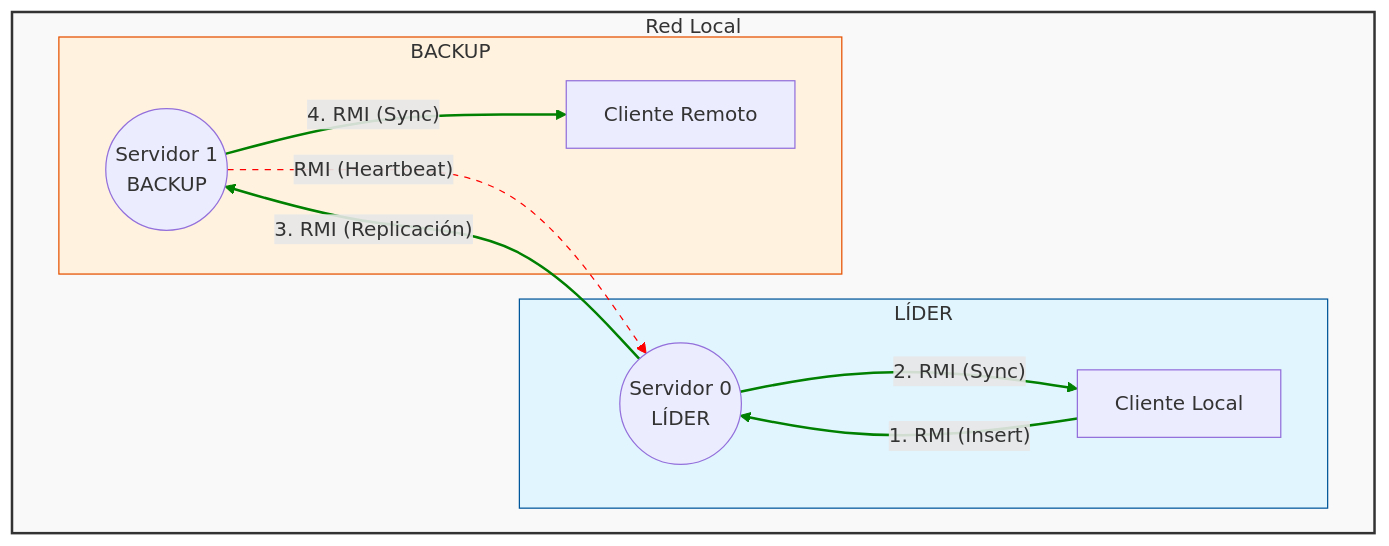
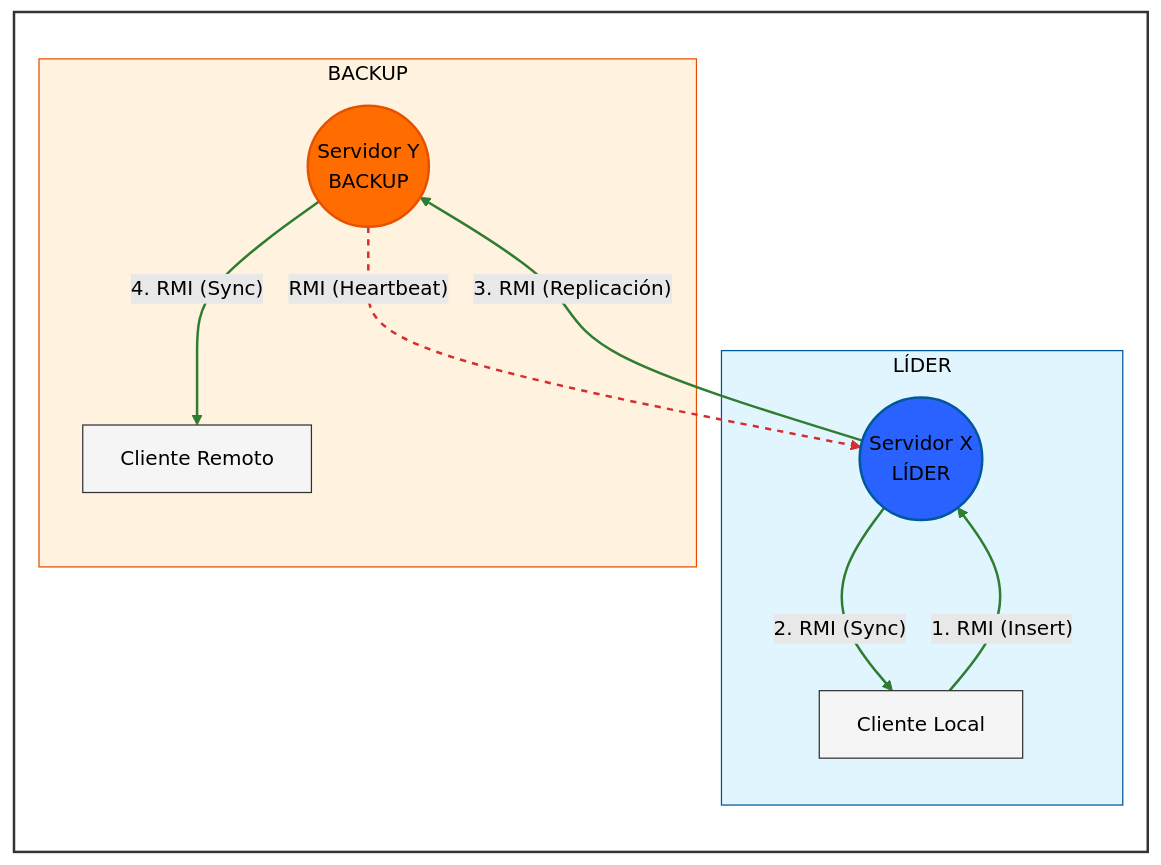
The fourth of 4 diagrams in README.md (Franpm1/EditorTexto), drawn with Mermaid before and after one commit. The commit also changed other lines of this file, not shown here.

````diff
--- a/README.md
+++ b/README.md
@@ -200,39 +148,44 @@
-```mermaid
-graph TD
-    subgraph LAN [Red Local]
-        style LAN fill:#f9f9f9,stroke:#333,stroke-width:2px
-        
-        subgraph Machine1 [LÍDER]
-            style Machine1 fill:#e1f5fe,stroke:#01579b
-            S0((Servidor 0<br/>LÍDER))
-            C1[Cliente Local]
-        end
-        
-        subgraph Machine2 [BACKUP]
-            style Machine2 fill:#fff3e0,stroke:#e65100
-            S1((Servidor 1<br/>BACKUP))
-            C2[Cliente Remoto]
-        end
-    end
-
-    %% FLUJO DE ESCRITURA
-    C1 -- 1. RMI (Insert) --> S0
-    
-    %% FLUJO DE ACTUALIZACIÓN (Sync)
-    %% Ajuste: El líder también actualiza a su propio cliente
-    S0 -- 2. RMI (Sync) --> C1
-    
-    %% REPLICACIÓN
-    S0 -- 3. RMI (Replicación) --> S1
-    S1 -- 4. RMI (Sync) --> C2
-    
-    %% HEARTBEATS (Vigilancia)
+```mermaid 
+---
+config:
+  look: classic
+  theme: forest
+---
+flowchart TB
+ subgraph Machine1["LÍDER"]
+        S0(("Servidor X<br>LÍDER"))
+        C1["Cliente Local"]
+  end
+ subgraph Machine2["BACKUP"]
+        S1(("Servidor Y<br>BACKUP"))
+        C2["Cliente Remoto"]
+  end
+ subgraph Lienzo[" "]
+    direction TB
+        Machine1
+        Machine2
+  end
+    C1 -- "1. RMI (Insert)" --> S0
+    S0 -- "2. RMI (Sync)" --> C1
+    S0 -- "3. RMI (Replicación)" --> S1
+    S1 -- "4. RMI (Sync)" --> C2
     S1 -. RMI (Heartbeat) .-> S0
 
-    %% ESTILOS
-    %% Enlaces de datos (Verdes)
-    linkStyle 0,1,2,3 stroke-width:2px,fill:none,stroke:green;
-    
-    %% Enlace de Heartbeat (Rojo Punteado)
-    linkStyle 4 stroke-width:1px,fill:none,stroke:red,stroke-dasharray: 5 5;
+     S0:::leader
+     C1:::client
+     S1:::backup
+     C2:::client
+    classDef leader fill:#e1f5fe,stroke:#01579b,stroke-width:2px,color:black
+    classDef backup fill:#fff3e0,stroke:#e65100,stroke-width:2px,color:black
+    classDef client fill:#f5f5f5,stroke:#333,stroke-width:1px,color:black
+    style S0 fill:#2962FF
+    style S1 fill:#FF6D00
+    style Machine1 fill:#e1f5fe,stroke:#01579b,color:black
+    style Machine2 fill:#fff3e0,stroke:#e65100,color:black
+    style Lienzo fill:#ffffff,stroke:#333,stroke-width:2px,color:black
+    linkStyle 0 stroke:#2e7d32,stroke-width:2px,fill:none
+    linkStyle 1 stroke:#2e7d32,stroke-width:2px,fill:none
+    linkStyle 2 stroke:#2e7d32,stroke-width:2px,fill:none
+    linkStyle 3 stroke:#2e7d32,stroke-width:2px,fill:none
+    linkStyle 4 stroke:#d32f2f,stroke-width:2px,fill:none,stroke-dasharray: 5 5
 ```
````
